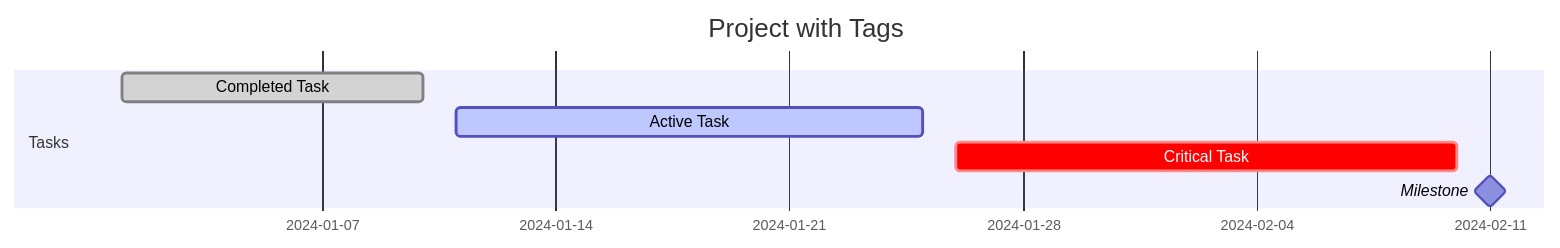
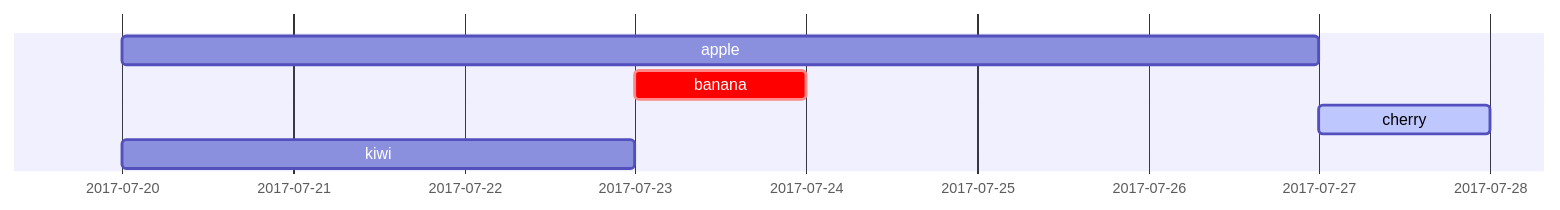
Before and after one commit to teachingai/full-stack-skills: the third of 12 diagrams in skills/mermaid/examples/gantt.md, drawn with Mermaid. The commit also changed other lines of this file and 1 other file, not shown here.

First line of the commit message:
docs(mermaid): 更新甘特图和Git图表示例文档

````diff
--- a/skills/mermaid/examples/gantt.md
+++ b/skills/mermaid/examples/gantt.md
@@ -65,10 +83,7 @@
 ```mermaid
 gantt
-    title Project with Tags
-    dateFormat YYYY-MM-DD
-    section Tasks
-    Completed Task :done, task1, 2024-01-01, 2024-01-10
-    Active Task :active, task2, 2024-01-11, 2024-01-25
-    Critical Task :crit, task3, 2024-01-26, 2024-02-10
-    Milestone :milestone, milestone1, 2024-02-11, 0d
+    apple :a, 2017-07-20, 1w
+    banana :crit, b, 2017-07-23, 1d
+    cherry :active, c, after b a, 1d
+    kiwi   :d, 2017-07-20, until b c
 ```
````
